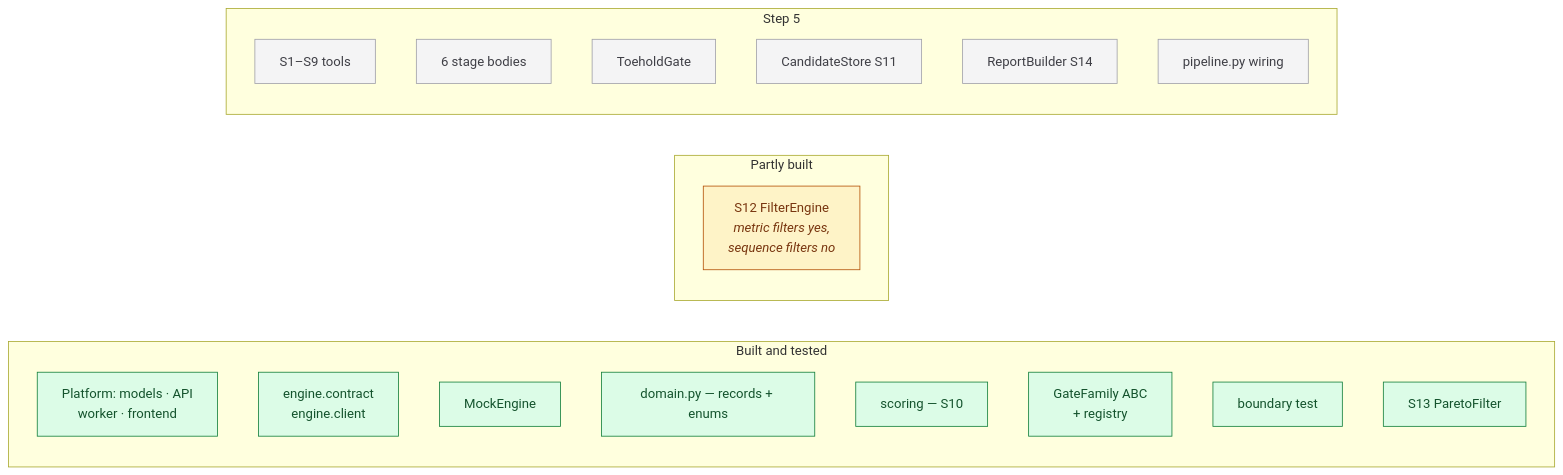
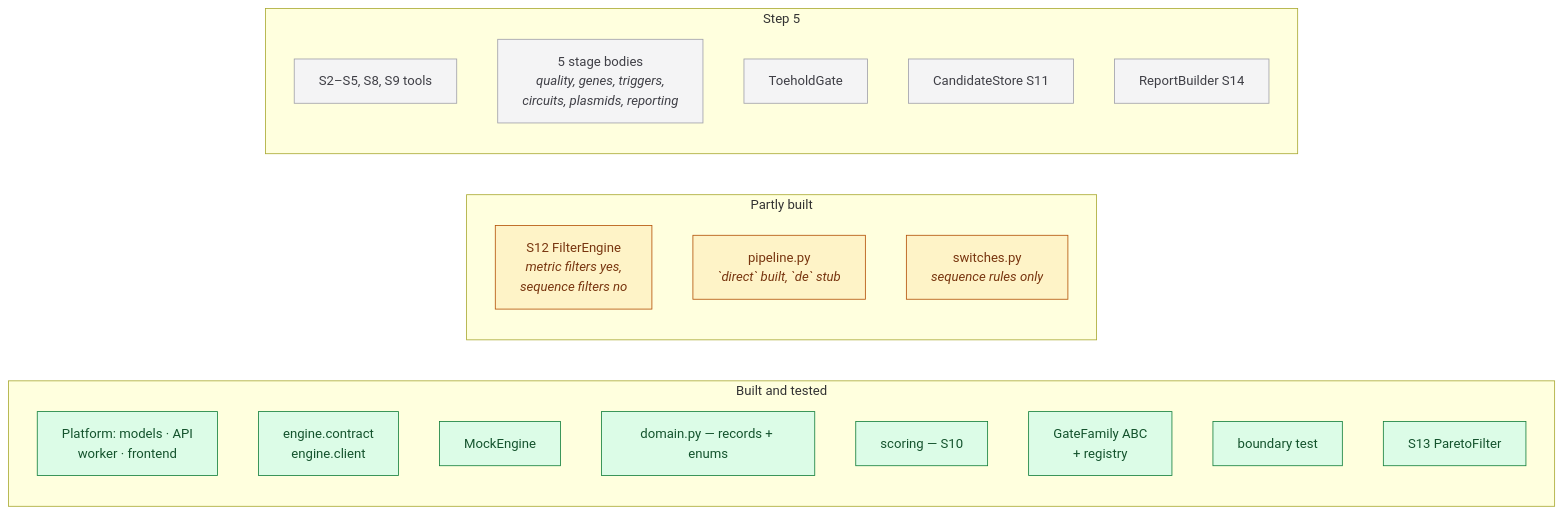
Before and after one commit to zivbental/cernal_software: the sixth of 6 diagrams in docs/engine.md, drawn with Mermaid. The commit also changed other lines of this file and 12 other files, not shown here.

````diff
--- a/docs/engine.md
+++ b/docs/engine.md
@@ -1112,33 +1112,34 @@
 ```mermaid
 flowchart LR
     subgraph done["Built and tested"]
         D1["Platform: models · API<br/>worker · frontend"]
         D2["engine.contract<br/>engine.client"]
         D3["MockEngine"]
         D4["domain.py — records + enums"]
         D5["scoring — S10"]
         D6["GateFamily ABC<br/>+ registry"]
         D7["boundary test"]
         D8["S13 ParetoFilter"]
     end
 
     subgraph partial["Partly built"]
         P1["S12 FilterEngine<br/><i>metric filters yes,<br/>sequence filters no</i>"]
+        P2["pipeline.py<br/><i>`direct` built, `de` stub</i>"]
+        P3["switches.py<br/><i>sequence rules only</i>"]
     end
 
     subgraph todo["Step 5"]
-        T1["S1–S9 tools"]
-        T2["6 stage bodies"]
+        T1["S2–S5, S8, S9 tools"]
+        T2["5 stage bodies<br/><i>quality, genes, triggers,<br/>circuits, plasmids, reporting</i>"]
         T3["ToeholdGate"]
         T4["CandidateStore S11"]
         T5["ReportBuilder S14"]
-        T6["pipeline.py wiring"]
     end
 
     classDef built fill:#dcfce7,stroke:#15803d,color:#14532d
     classDef part fill:#fef3c7,stroke:#b45309,color:#78350f
     classDef todo2 fill:#f4f4f5,stroke:#a1a1aa,color:#3f3f46
     class D1,D2,D3,D4,D5,D6,D7,D8 built
-    class P1 part
-    class T1,T2,T3,T4,T5,T6 todo2
+    class P1,P2,P3 part
+    class T1,T2,T3,T4,T5 todo2
 ```
````
